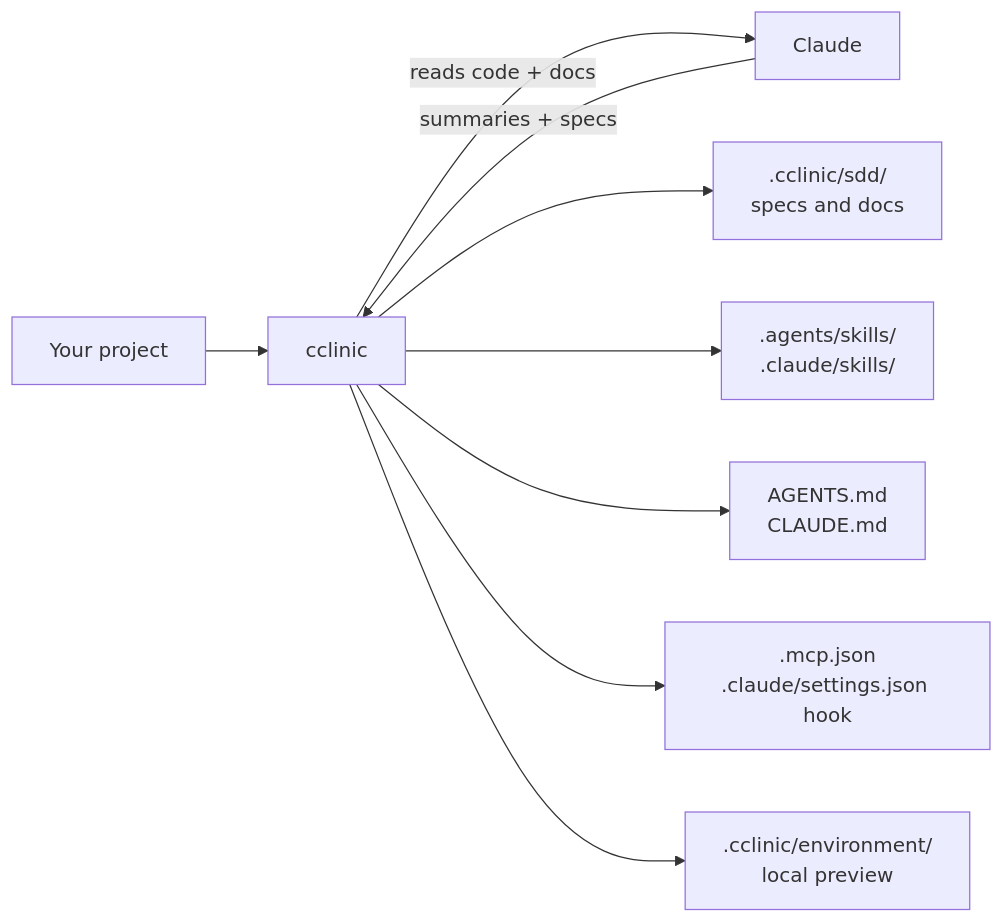
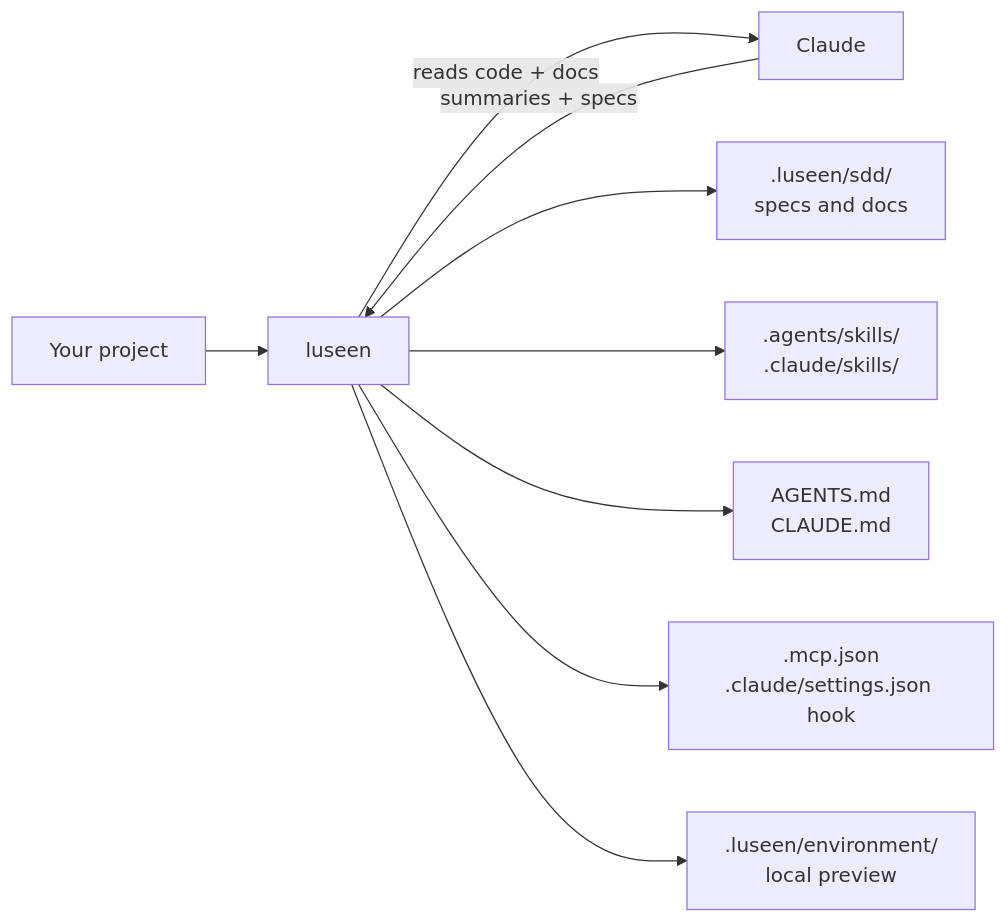
Before and after one commit to Hayko97/cclinic: the first of 5 diagrams in SETUP_FLOW.md, drawn with Mermaid. The commit also changed other lines of this file and 311 other files, not shown here.

````diff
--- a/SETUP_FLOW.md
+++ b/SETUP_FLOW.md
@@ -13,11 +13,11 @@
 ```mermaid
 flowchart LR
-    A[Your project] --> B[cclinic]
+    A[Your project] --> B[luseen]
     B -->|reads code + docs| C[Claude]
     C -->|summaries + specs| B
-    B --> D[.cclinic/sdd/<br/>specs and docs]
+    B --> D[.luseen/sdd/<br/>specs and docs]
     B --> E[.agents/skills/<br/>.claude/skills/]
     B --> F[AGENTS.md<br/>CLAUDE.md]
     B --> H[.mcp.json<br/>.claude/settings.json hook]
-    B --> G[.cclinic/environment/<br/>local preview]
+    B --> G[.luseen/environment/<br/>local preview]
 ```
````
